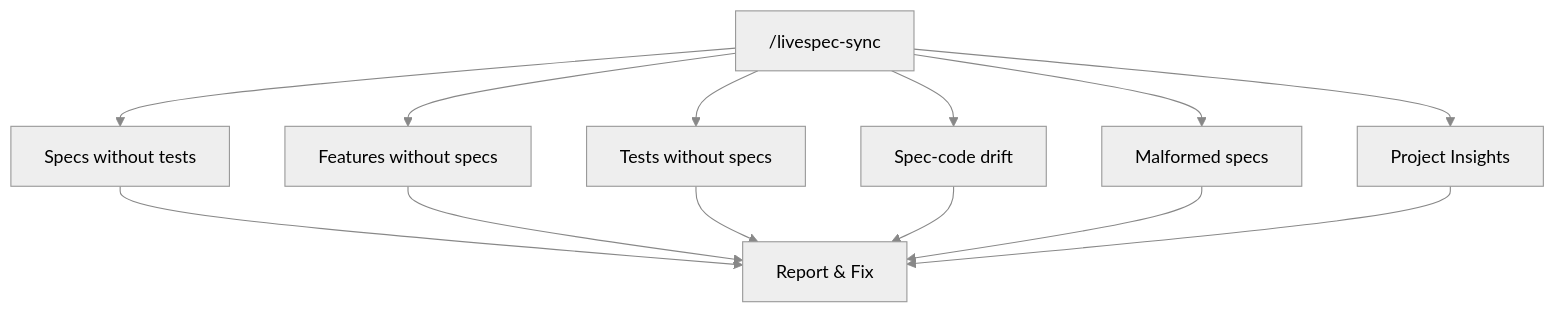
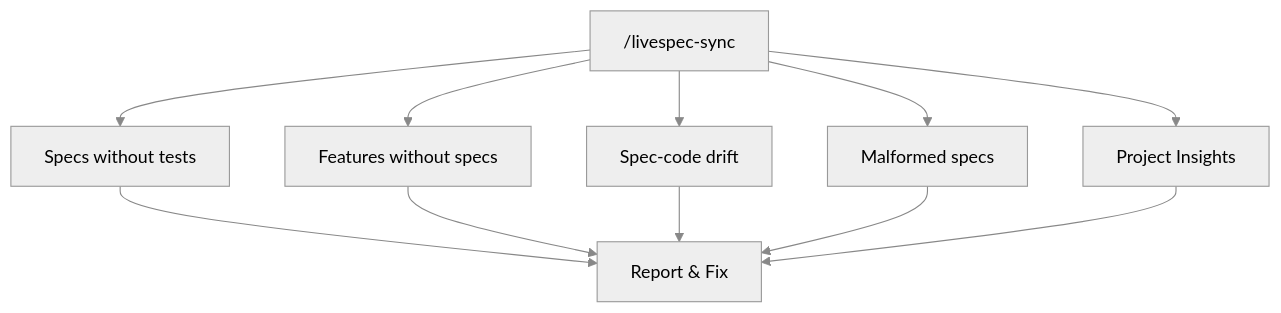
Before and after one commit to ftzi/livespec: the diagram in assets/livespec-sync.mmd, drawn with Mermaid. The commit also changed 24 other files, not shown here.

```diff
--- a/assets/livespec-sync.mmd
+++ b/assets/livespec-sync.mmd
@@ -1,14 +1,12 @@
 %%{init: {'theme': 'neutral', 'themeVariables': { 'lineColor': '#888888', 'primaryTextColor': '#333333', 'primaryColor': '#e8e8e8', 'primaryBorderColor': '#999999', 'edgeLabelBackground': '#e8e8e8' }}}%%
 flowchart TD
     A["/livespec-sync"] --> B[Specs without tests]
     A --> C[Features without specs]
-    A --> D[Tests without specs]
-    A --> E[Spec-code drift]
-    A --> G[Malformed specs]
-    A --> I[Project Insights]
-    B --> F[Report & Fix]
-    C --> F
-    D --> F
-    E --> F
-    G --> F
-    I --> F
+    A --> D[Spec-code drift]
+    A --> E[Malformed specs]
+    A --> F[Project Insights]
+    B --> G[Report & Fix]
+    C --> G
+    D --> G
+    E --> G
+    F --> G
```
